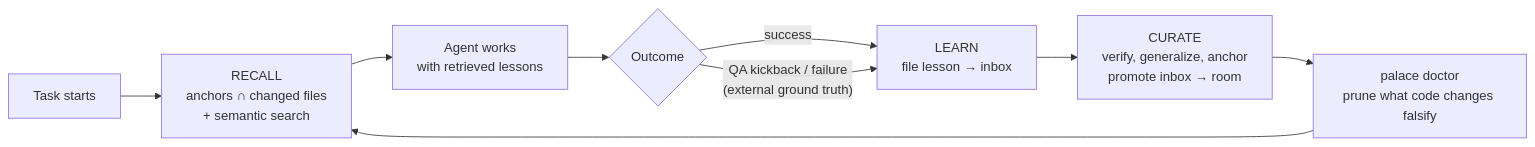
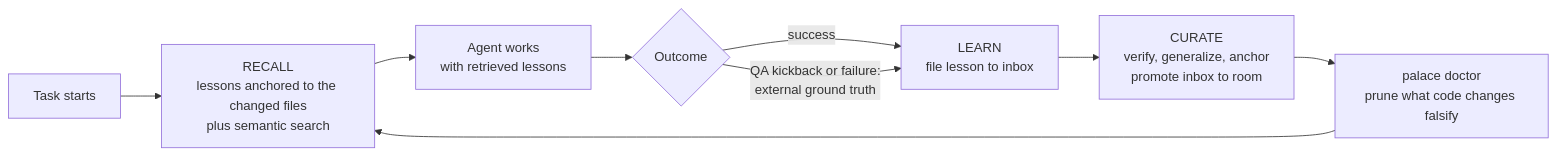
Before and after one commit to sychus/memento: the diagram in README.md, drawn with Mermaid.

Commit message:
fix: mermaid diagram failed to parse on GitHub — quote labels, drop special chars

````diff
--- a/README.md
+++ b/README.md
@@ -61,11 +61,11 @@
 ```mermaid
 flowchart LR
-    A[Task starts] --> B[RECALL<br/>anchors ∩ changed files<br/>+ semantic search]
-    B --> C[Agent works<br/>with retrieved lessons]
-    C --> D{Outcome}
-    D -- "success" --> E[LEARN<br/>file lesson → inbox]
-    D -- "QA kickback / failure<br/>(external ground truth)" --> E
-    E --> F[CURATE<br/>verify, generalize, anchor<br/>promote inbox → room]
-    F --> G[palace doctor<br/>prune what code changes falsify]
+    A["Task starts"] --> B["RECALL<br/>lessons anchored to the changed files<br/>plus semantic search"]
+    B --> C["Agent works<br/>with retrieved lessons"]
+    C --> D{"Outcome"}
+    D -->|"success"| E["LEARN<br/>file lesson to inbox"]
+    D -->|"QA kickback or failure:<br/>external ground truth"| E
+    E --> F["CURATE<br/>verify, generalize, anchor<br/>promote inbox to room"]
+    F --> G["palace doctor<br/>prune what code changes falsify"]
     G --> B
 ```
````
